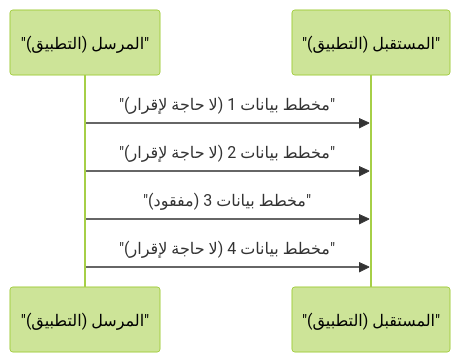
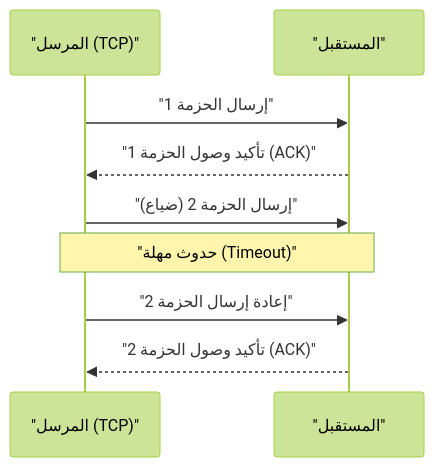
One commit to kenjinote/blog changed the diagram in content/post/history-of-udp/index.ar.md. Above: the diagram before and after it, drawn with Mermaid (forest theme). The commit also changed other lines of this file and 67 other files, not shown here.

````diff
--- a/content/post/history-of-udp/index.ar.md
+++ b/content/post/history-of-udp/index.ar.md
@@ -22,9 +35,11 @@
 ```mermaid
 sequenceDiagram
-    participant S as "المرسل (التطبيق)"
-    participant R as "المستقبل (التطبيق)"
-    S->>R: "مخطط بيانات 1 (لا حاجة لإقرار)"
-    S->>R: "مخطط بيانات 2 (لا حاجة لإقرار)"
-    S->>R: "مخطط بيانات 3 (مفقود)"
-    S->>R: "مخطط بيانات 4 (لا حاجة لإقرار)"
+    participant Sender as "المرسل (TCP)"
+    participant Receiver as "المستقبل"
+    Sender->>Receiver: "إرسال الحزمة 1"
+    Receiver-->>Sender: "تأكيد وصول الحزمة 1 (ACK)"
+    Sender->>Receiver: "إرسال الحزمة 2 (ضياع)"
+    Note over Sender,Receiver: "حدوث مهلة (Timeout)"
+    Sender->>Receiver: "إعادة إرسال الحزمة 2"
+    Receiver-->>Sender: "تأكيد وصول الحزمة 2 (ACK)"
 ```
````
